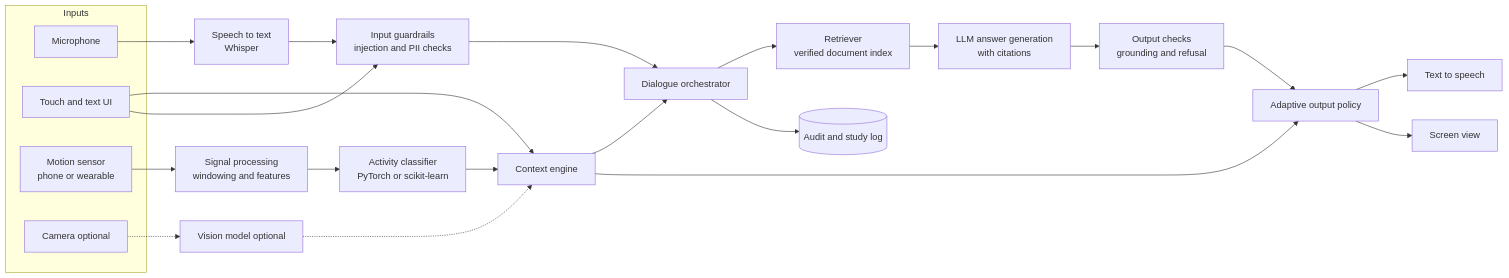
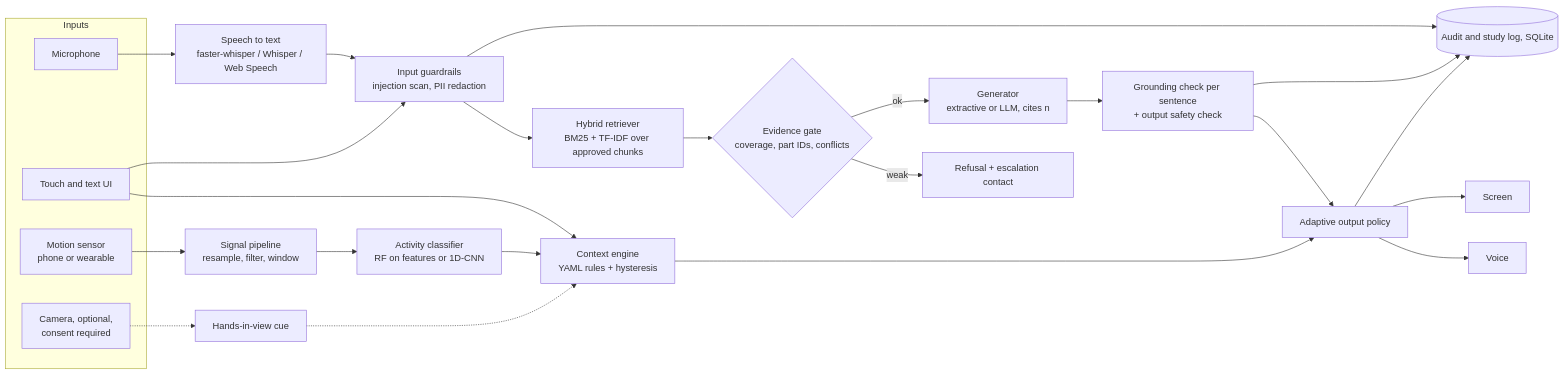
Before and after one commit to mahmudul-islam32/multimodal-context-aware-assistant: the diagram in README.md, drawn with Mermaid. The commit also changed other lines of this file and 111 other files, not shown here.

````diff
--- a/README.md
+++ b/README.md
@@ -36,29 +67,28 @@
 ```mermaid
 flowchart LR
     subgraph Inputs
         MIC[Microphone]
         TOUCH[Touch and text UI]
         IMU[Motion sensor<br/>phone or wearable]
-        CAM[Camera optional]
+        CAM[Camera, optional,<br/>consent required]
     end
-
-    MIC --> ASR[Speech to text<br/>Whisper]
-    IMU --> SIG[Signal processing<br/>windowing and features]
-    CAM -.-> VIS[Vision model optional]
-    SIG --> HAR[Activity classifier<br/>PyTorch or scikit-learn]
+    MIC --> ASR[Speech to text<br/>faster-whisper / Whisper / Web Speech]
+    IMU --> SIG[Signal pipeline<br/>resample, filter, window]
+    CAM -.-> VIS[Hands-in-view cue]
+    SIG --> HAR[Activity classifier<br/>RF on features or 1D-CNN]
+    HAR --> CTX[Context engine<br/>YAML rules + hysteresis]
     VIS -.-> CTX
-    HAR --> CTX[Context engine]
     TOUCH --> CTX
-    ASR --> GUARD_IN[Input guardrails<br/>injection and PII checks]
-    TOUCH --> GUARD_IN
-    GUARD_IN --> ORCH[Dialogue orchestrator]
-    CTX --> ORCH
-    ORCH --> RET[Retriever<br/>verified document index]
-    RET --> LLM[LLM answer generation<br/>with citations]
-    LLM --> GUARD_OUT[Output checks<br/>grounding and refusal]
-    GUARD_OUT --> POLICY[Adaptive output policy]
-    CTX --> POLICY
-    POLICY --> TTS[Text to speech]
-    POLICY --> SCREEN[Screen view]
-    ORCH --> LOG[(Audit and study log)]
+    ASR --> GIN[Input guardrails<br/>injection scan, PII redaction]
+    TOUCH --> GIN
+    GIN --> RET[Hybrid retriever<br/>BM25 + TF-IDF over approved chunks]
+    RET --> GATE{Evidence gate<br/>coverage, part IDs, conflicts}
+    GATE -- weak --> REF[Refusal + escalation contact]
+    GATE -- ok --> GEN[Generator<br/>extractive or LLM, cites n]
+    GEN --> GRD[Grounding check per sentence<br/>+ output safety check]
+    GRD --> POL[Adaptive output policy]
+    CTX --> POL
+    POL --> TTS[Voice]
+    POL --> SCREEN[Screen]
+    GIN & GRD & POL --> LOG[(Audit and study log, SQLite)]
 ```
````
